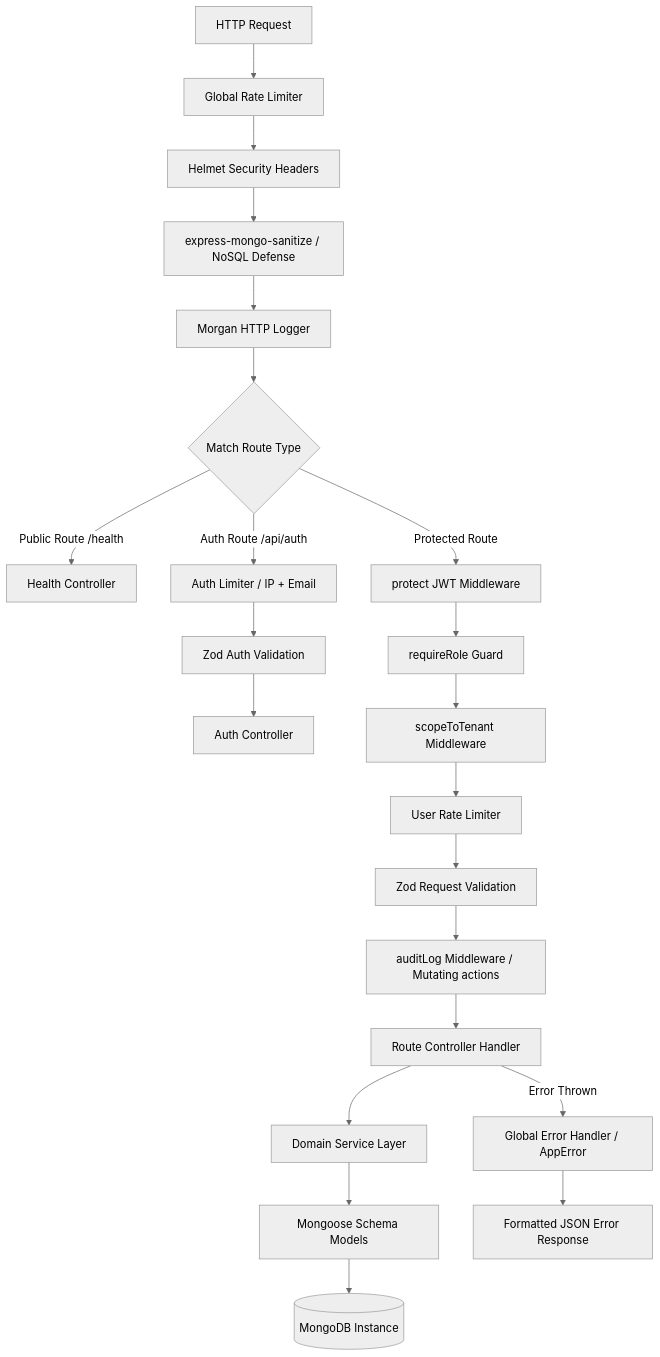
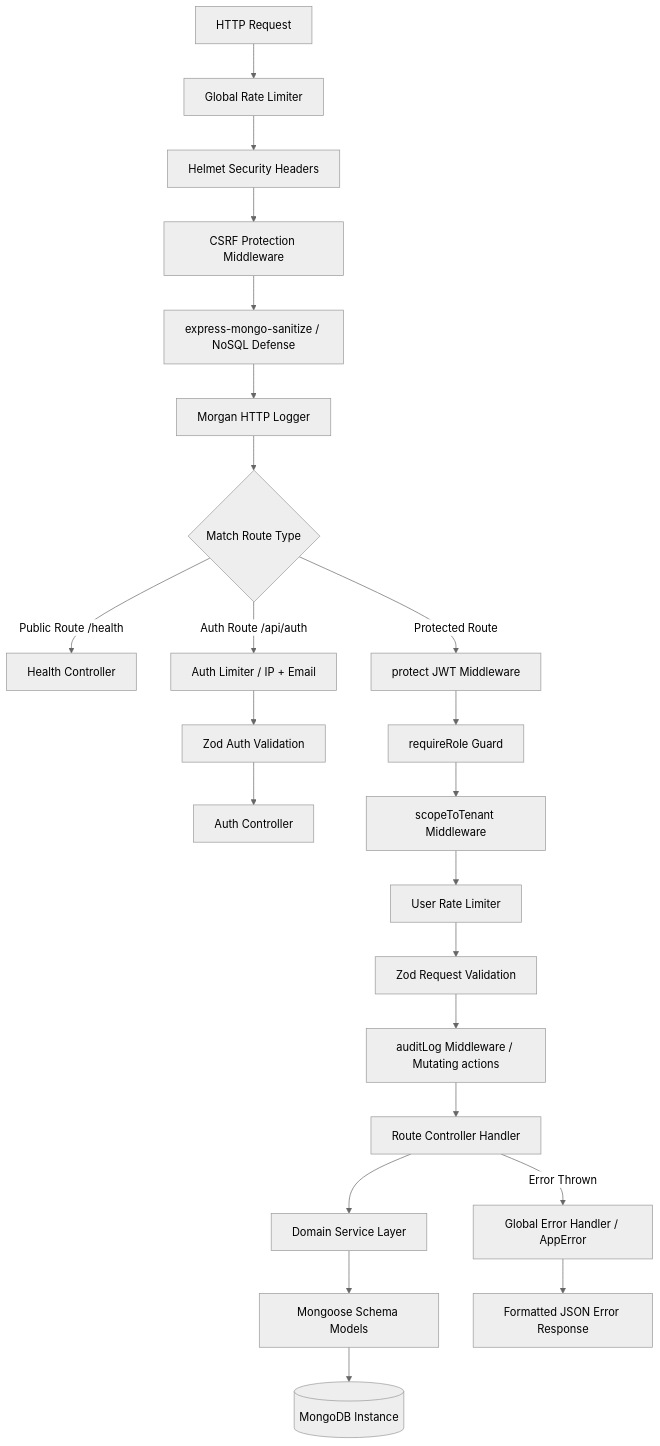
Before and after one commit to Aditya-Naikwadi/bookbuddy: the third of 8 diagrams in README.md, drawn with Mermaid (neutral theme). The commit also changed other lines of this file and 103 other files, not shown here.

````diff
--- a/README.md
+++ b/README.md
@@ -154,28 +163,29 @@
 ```mermaid
 graph TD
     Req[HTTP Request] --> GlobalLimit[Global Rate Limiter]
     GlobalLimit --> SecurityHeaders[Helmet Security Headers]
-    SecurityHeaders --> Sanitize[express-mongo-sanitize / NoSQL Defense]
+    SecurityHeaders --> CSRF[CSRF Protection Middleware]
+    CSRF --> Sanitize[express-mongo-sanitize / NoSQL Defense]
     Sanitize --> Logger[Morgan HTTP Logger]
     Logger --> RouteMatch{Match Route Type}
 
     RouteMatch -->|Public Route /health| HealthCtrl[Health Controller]
     RouteMatch -->|Auth Route /api/auth| AuthLimit[Auth Limiter / IP + Email]
     AuthLimit --> ZodAuth[Zod Auth Validation]
     ZodAuth --> AuthCtrl[Auth Controller]
 
     RouteMatch -->|Protected Route| Protect[protect JWT Middleware]
     Protect --> RequireRole[requireRole Guard]
     RequireRole --> ScopeTenant[scopeToTenant Middleware]
     ScopeTenant --> UserLimit[User Rate Limiter]
     UserLimit --> ZodReq[Zod Request Validation]
     ZodReq --> Audit[auditLog Middleware / Mutating actions]
     Audit --> Controller[Route Controller Handler]
 
     Controller --> Service[Domain Service Layer]
     Service --> Models[Mongoose Schema Models]
     Models --> MongoDB[(MongoDB Instance)]
 
     Controller -->|Error Thrown| ErrorHandler[Global Error Handler / AppError]
     ErrorHandler --> JSONResponse[Formatted JSON Error Response]
 ```
````
